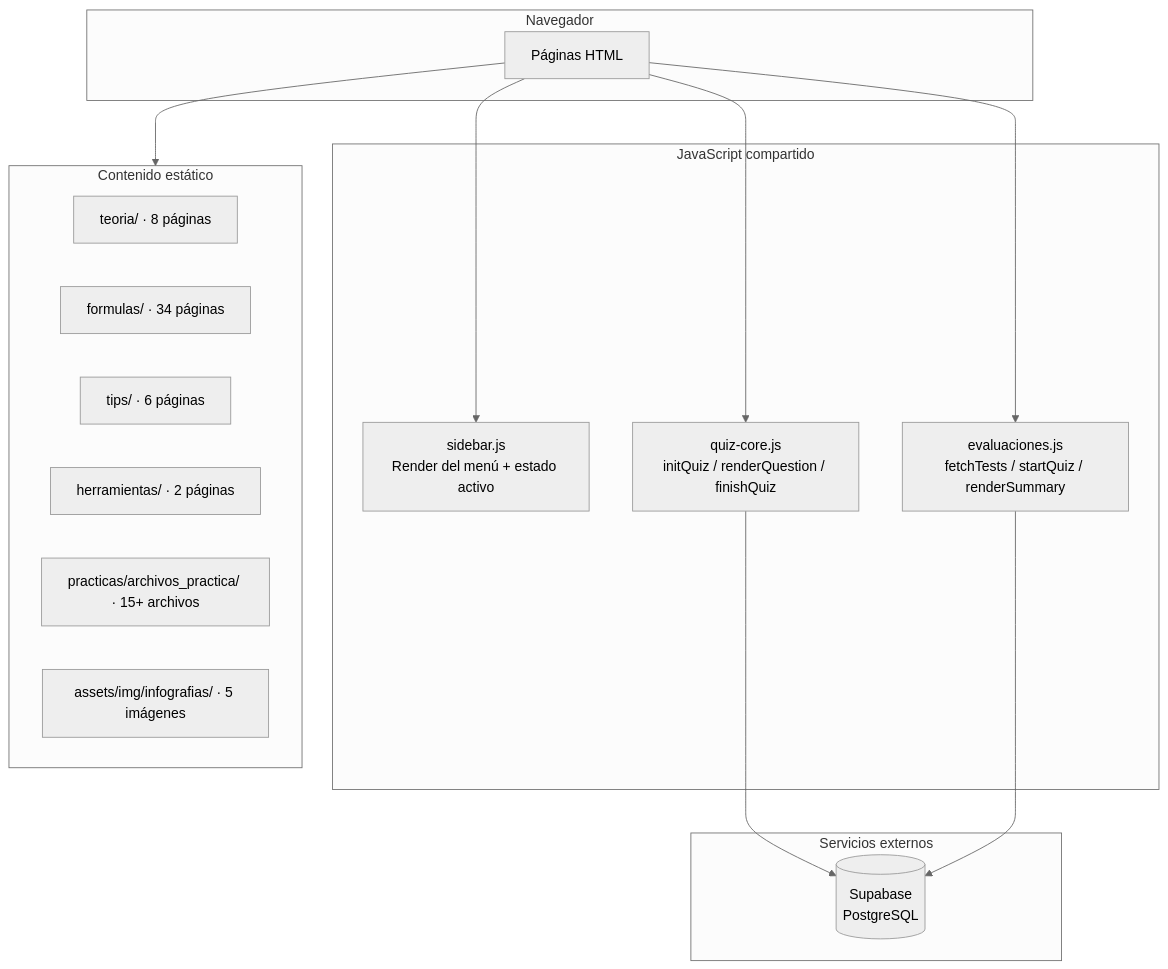
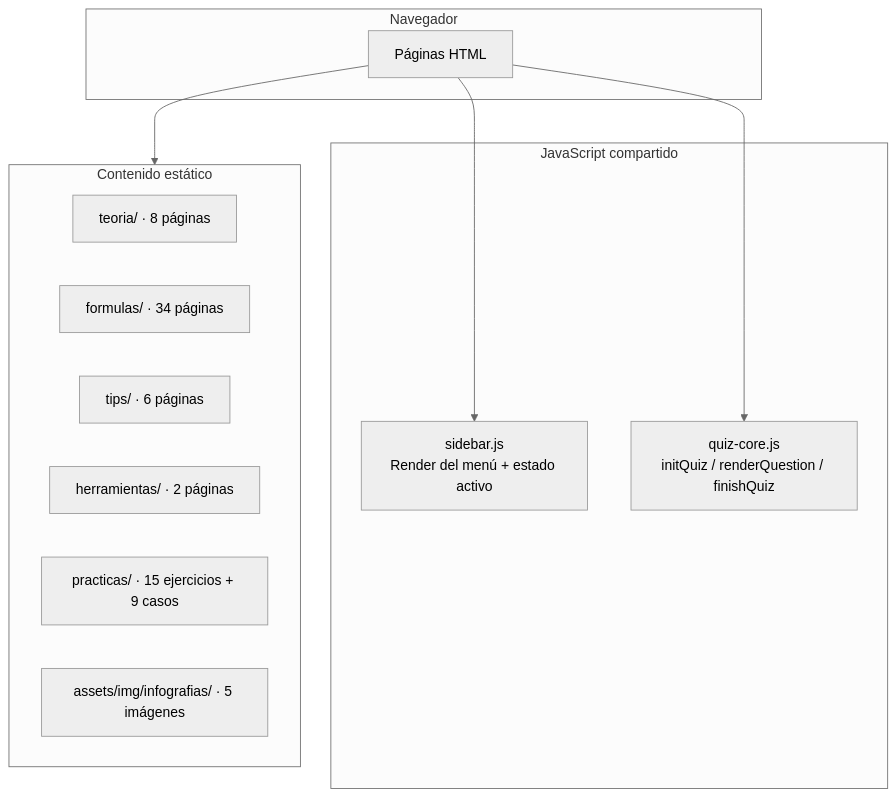
Before and after one commit to Samydex156/vanilla-blog-excel: the first of 4 diagrams in docs/ARQUITECTURA_GLOBAL.md, drawn with Mermaid (neutral theme). The commit also changed other lines of this file and 6 other files, not shown here.

Commit message:
docs: actualizar documentacion tras eliminacion de Supabase y evaluaciones estaticas

````diff
--- a/docs/ARQUITECTURA_GLOBAL.md
+++ b/docs/ARQUITECTURA_GLOBAL.md
@@ -34,32 +28,24 @@
 ```mermaid
 graph TD
     subgraph Cliente[Navegador]
         UI[Páginas HTML]
     end
 
     subgraph CapaJS[JavaScript compartido]
         SB[sidebar.js<br/>Render del menú + estado activo]
         QC[quiz-core.js<br/>initQuiz / renderQuestion / finishQuiz]
-        EV[evaluaciones.js<br/>fetchTests / startQuiz / renderSummary]
     end
 
     subgraph Contenido[Contenido estático]
         TE[teoria/ · 8 páginas]
         FO[formulas/ · 34 páginas]
         TI[tips/ · 6 páginas]
         HE[herramientas/ · 2 páginas]
-        PR[practicas/archivos_practica/ · 15+ archivos]
+        PR[practicas/ · 15 ejercicios + 9 casos]
         IN[assets/img/infografias/ · 5 imágenes]
-    end
-
-    subgraph Backend[Servicios externos]
-        SUP[(Supabase<br/>PostgreSQL)]
     end
 
     UI --> SB
     UI --> QC
-    UI --> EV
     UI --> Contenido
-    QC --> SUP
-    EV --> SUP
 ```
````
